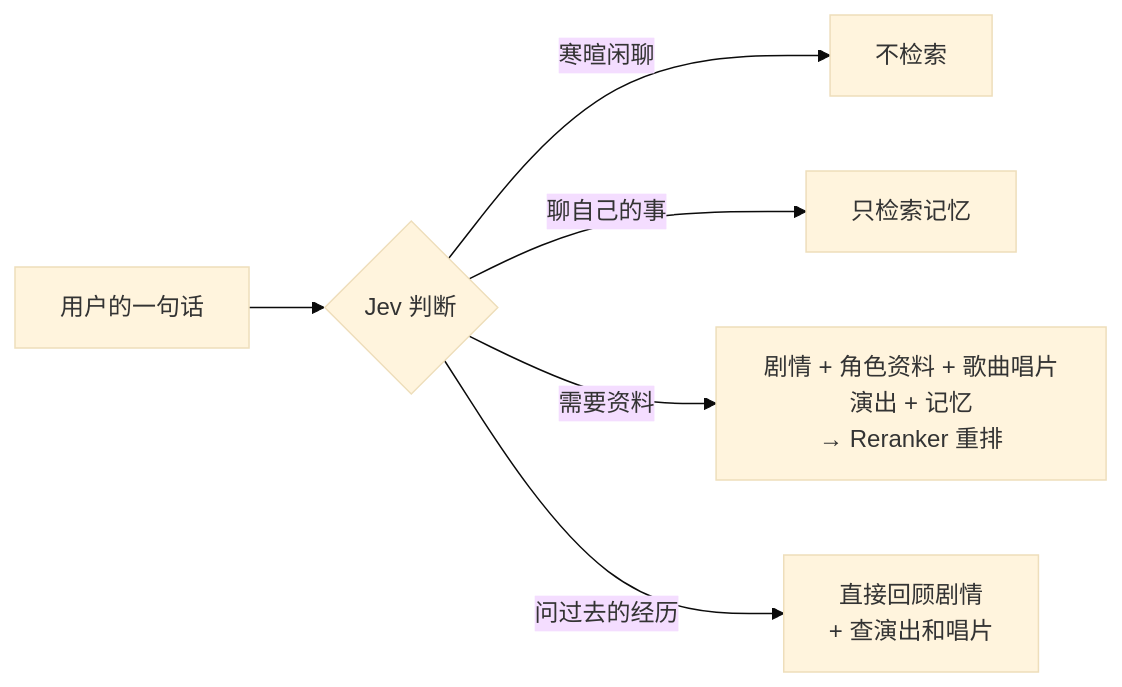
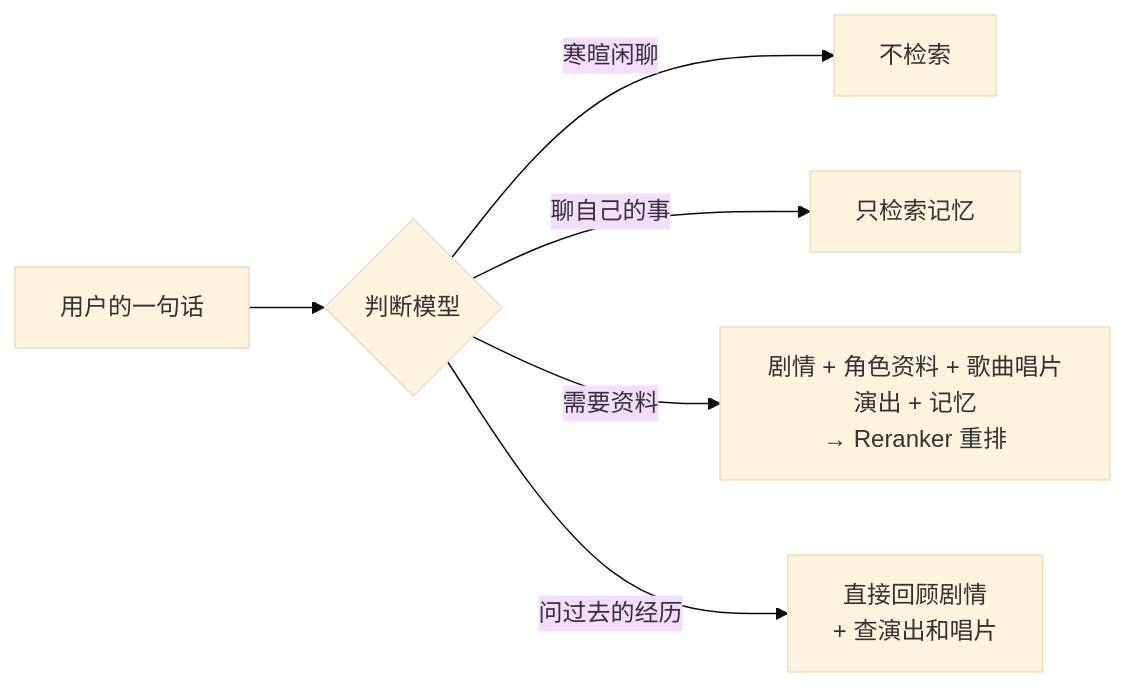
One commit to 3aKHP/idolum changed the second of 2 diagrams in README.md. Above: the diagram before and after it, drawn with Mermaid (base theme). The commit also changed other lines of this file and 6 other files, not shown here.

````diff
--- a/README.md
+++ b/README.md
@@ -386,8 +400,8 @@
 ```mermaid
 flowchart LR
-    Q["用户的一句话"] --> Jev{"Jev 判断"}
+    Q["用户的一句话"] --> Jev{"判断模型"}
     Jev -- 寒暄闲聊 --> None["不检索"]
     Jev -- 聊自己的事 --> Mem["只检索记忆"]
     Jev -- 需要资料 --> Ref["剧情 + 角色资料 + 歌曲唱片演出 + 记忆<br/>→ Reranker 重排"]
     Jev -- 问过去的经历 --> Recall["直接回顾剧情<br/>+ 查演出和唱片"]
 ```
````
